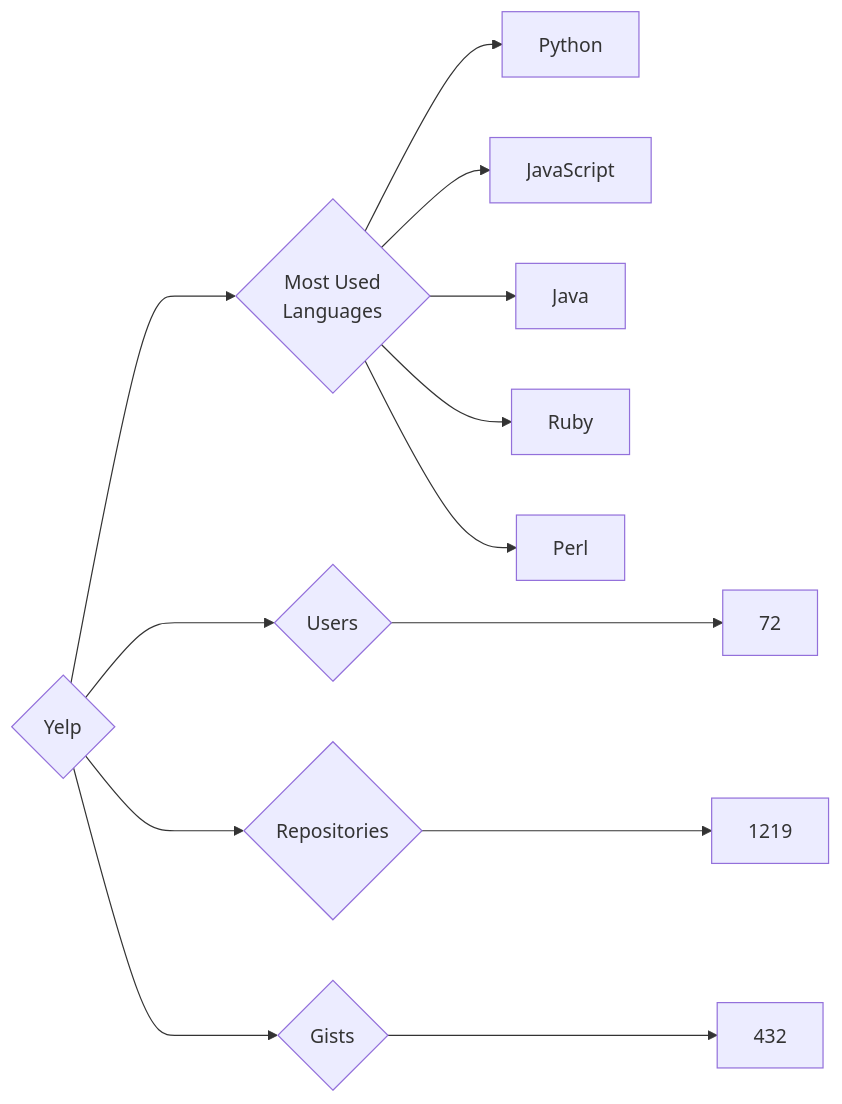
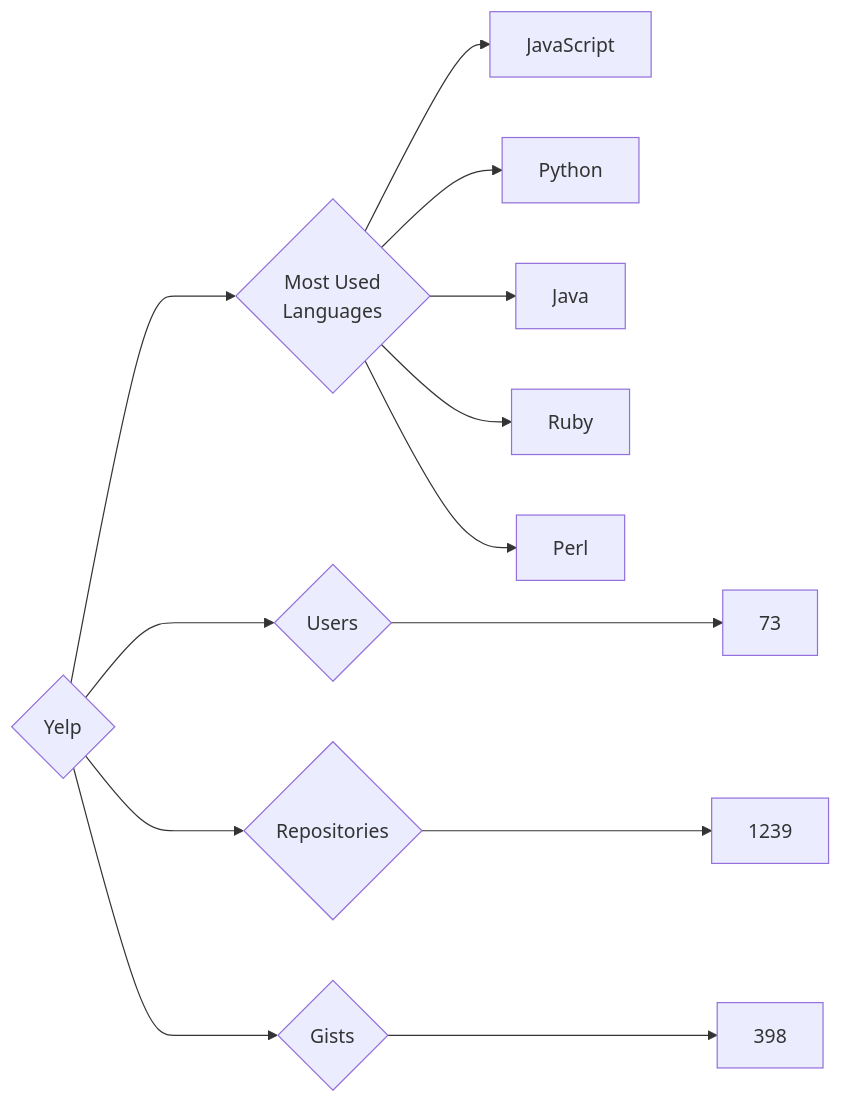
Before and after one commit to trickest/insiders: the diagram in targets/Yelp/README.md, drawn with Mermaid. The commit also changed 912 other files, not shown here.

````diff
--- a/targets/Yelp/README.md
+++ b/targets/Yelp/README.md
@@ -3,13 +3,13 @@
 ```mermaid
 graph LR
 COMPANY_NAME{Yelp}
-COMPANY_NAME ---> U{Users} ---> UN[72]
-COMPANY_NAME ---> R{Repositories} ---> RN[1219]
-COMPANY_NAME ---> G{Gists} ---> GN[432]
+COMPANY_NAME ---> U{Users} ---> UN[73]
+COMPANY_NAME ---> R{Repositories} ---> RN[1239]
+COMPANY_NAME ---> G{Gists} ---> GN[398]
 COMPANY_NAME ---> ML{Most Used<br>Languages}
+ML --> JavaScript[JavaScript]
 ML --> Python[Python]
-ML --> JavaScript[JavaScript]
 ML --> Java[Java]
 ML --> Ruby[Ruby]
 ML --> Perl[Perl]
 ```
````
